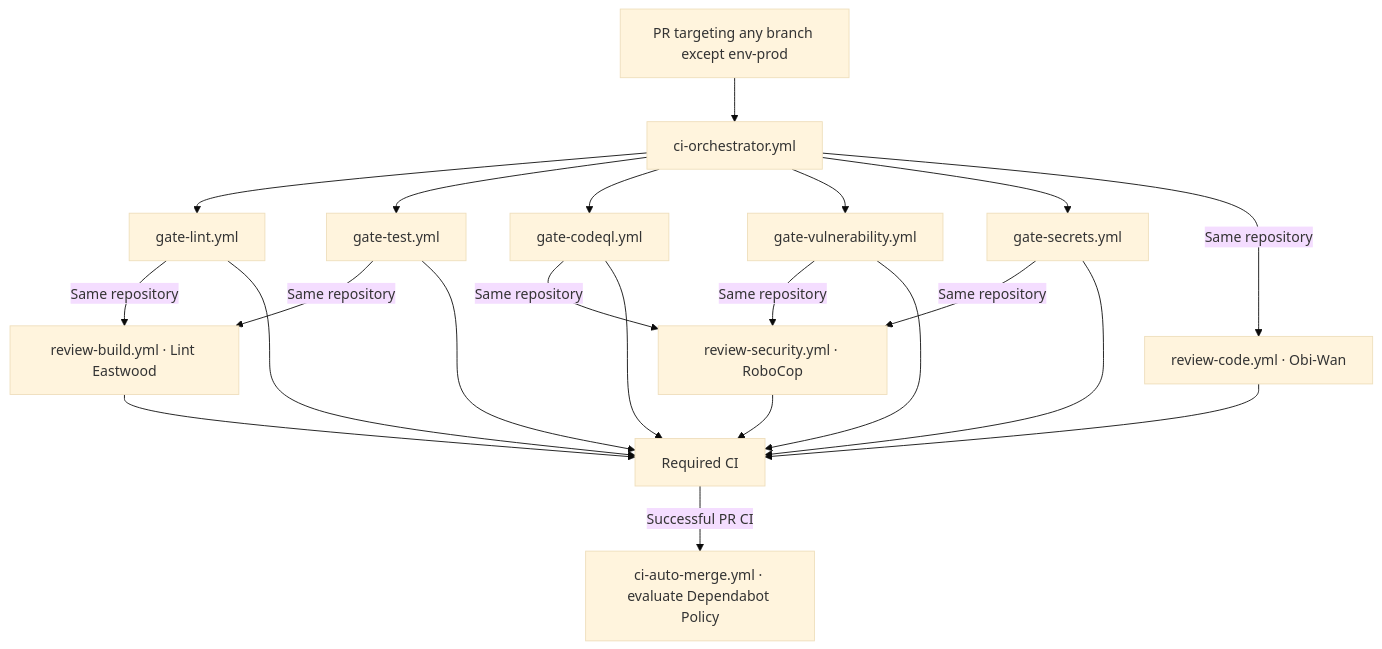
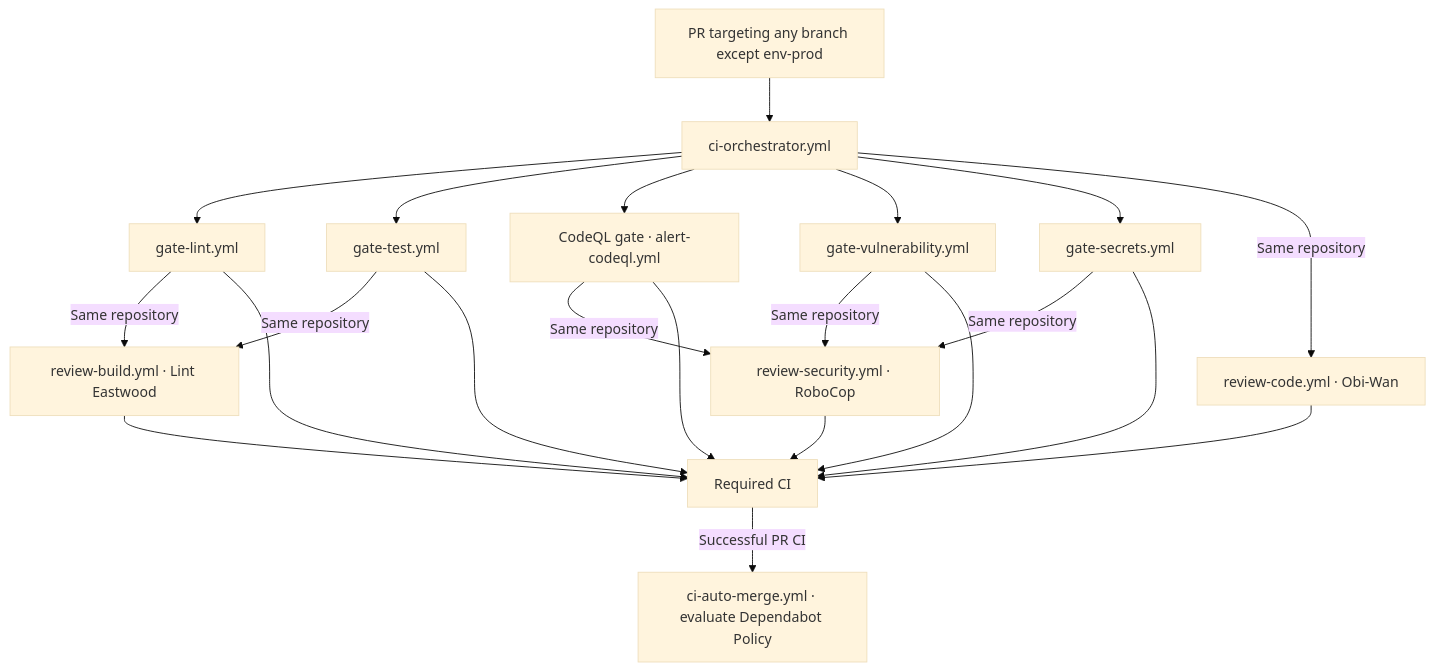
One commit to VanillaIceCube/JudeAndrewAlabaInfrastructure changed the first of 4 diagrams in .github/workflows/README.md. Above: the diagram before and after it, drawn with Mermaid (base theme). The commit also changed other lines of this file and 115 other files, not shown here.

````diff
--- a/.github/workflows/README.md
+++ b/.github/workflows/README.md
@@ -55,15 +82,15 @@
 ```mermaid
 flowchart TD
     PR["PR targeting any branch except env-prod"] --> CI["ci-orchestrator.yml"]
     CI --> L["gate-lint.yml"]
     CI --> T["gate-test.yml"]
-    CI --> Q["gate-codeql.yml"]
+    CI --> Q["CodeQL gate · alert-codeql.yml"]
     CI --> V["gate-vulnerability.yml"]
     CI --> S["gate-secrets.yml"]
     CI -->|"Same repository"| RC["review-code.yml · Obi-Wan"]
     L & T -->|"Same repository"| RB["review-build.yml · Lint Eastwood"]
     Q & V & S -->|"Same repository"| RS["review-security.yml · RoboCop"]
     L & T & Q & V & S --> DONE["Required CI"]
     RC & RB & RS --> DONE
     DONE -->|"Successful PR CI"| AUTO["ci-auto-merge.yml · evaluate Dependabot Policy"]
 ```
````
